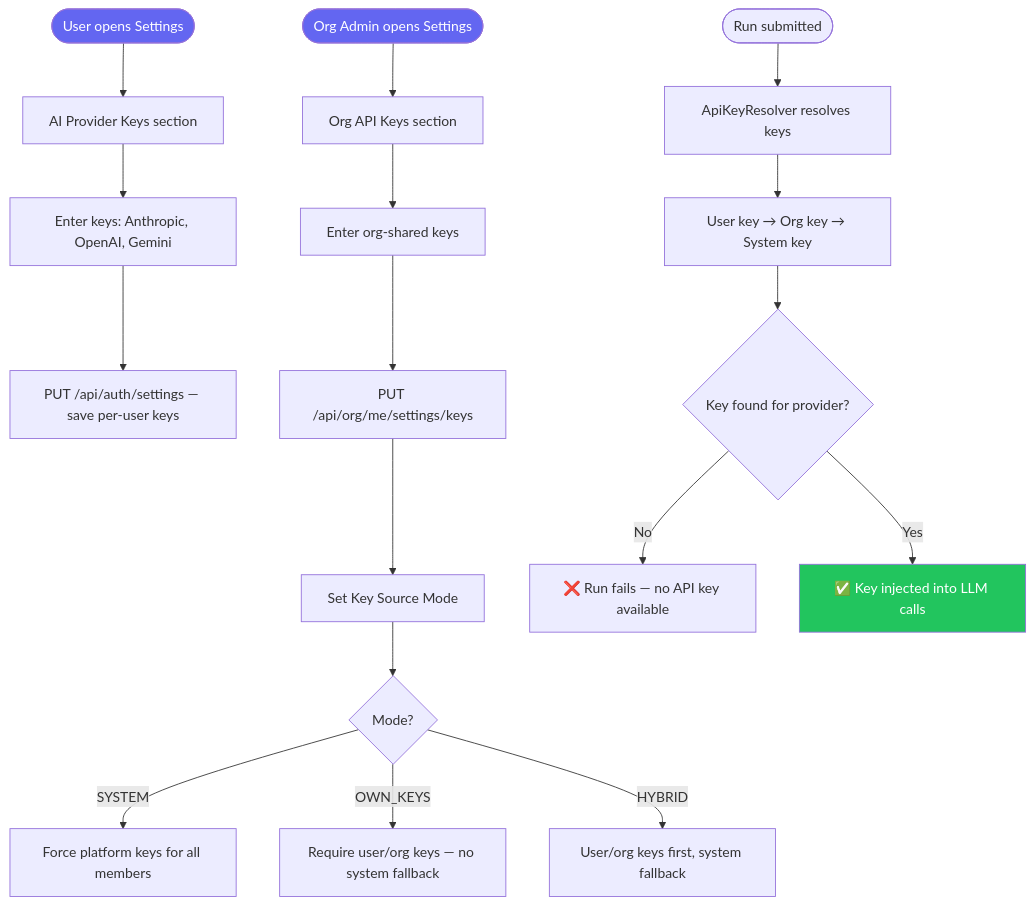
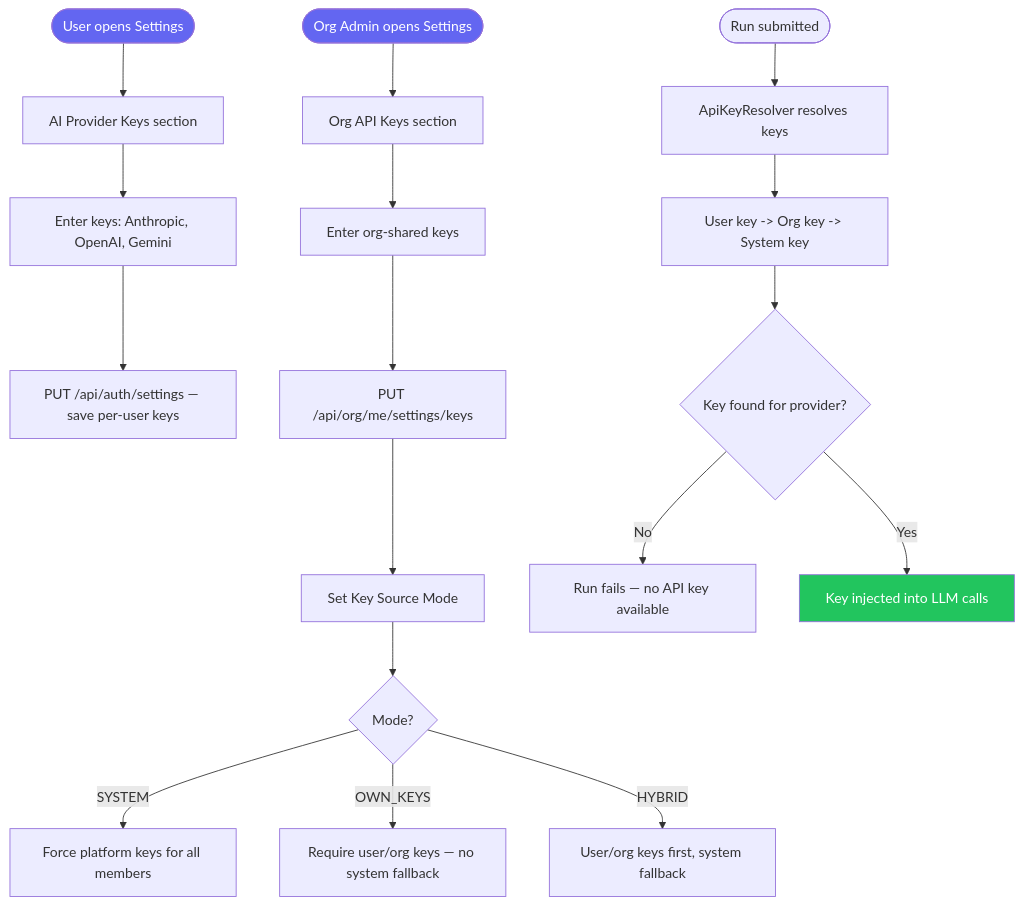
Before and after one commit to navneetprabhakar/executespec: diagram 18 of 36 in docs/WORKFLOWS.md, drawn with Mermaid. The commit also changed other lines of this file and 47 other files, not shown here.

````diff
--- a/docs/WORKFLOWS.md
+++ b/docs/WORKFLOWS.md
@@ -418,25 +556,25 @@
 ```mermaid
 flowchart TD
     A([User opens Settings]) --> B[AI Provider Keys section]
     B --> C[Enter keys: Anthropic, OpenAI, Gemini]
     C --> D[PUT /api/auth/settings — save per-user keys]
 
     E([Org Admin opens Settings]) --> F[Org API Keys section]
     F --> G[Enter org-shared keys]
     G --> H[PUT /api/org/me/settings/keys]
     H --> I[Set Key Source Mode]
     I --> J{Mode?}
     J -->|SYSTEM| K[Force platform keys for all members]
     J -->|OWN_KEYS| L[Require user/org keys — no system fallback]
     J -->|HYBRID| M[User/org keys first, system fallback]
 
     N([Run submitted]) --> O[ApiKeyResolver resolves keys]
-    O --> P[User key → Org key → System key]
+    O --> P[User key -> Org key -> System key]
     P --> Q{Key found for provider?}
-    Q -->|No| R[❌ Run fails — no API key available]
-    Q -->|Yes| S[✅ Key injected into LLM calls]
+    Q -->|No| R[Run fails — no API key available]
+    Q -->|Yes| S[Key injected into LLM calls]
 
     style A fill:#6366f1,color:#fff
     style E fill:#6366f1,color:#fff
     style S fill:#22c55e,color:#fff
 ```
````
